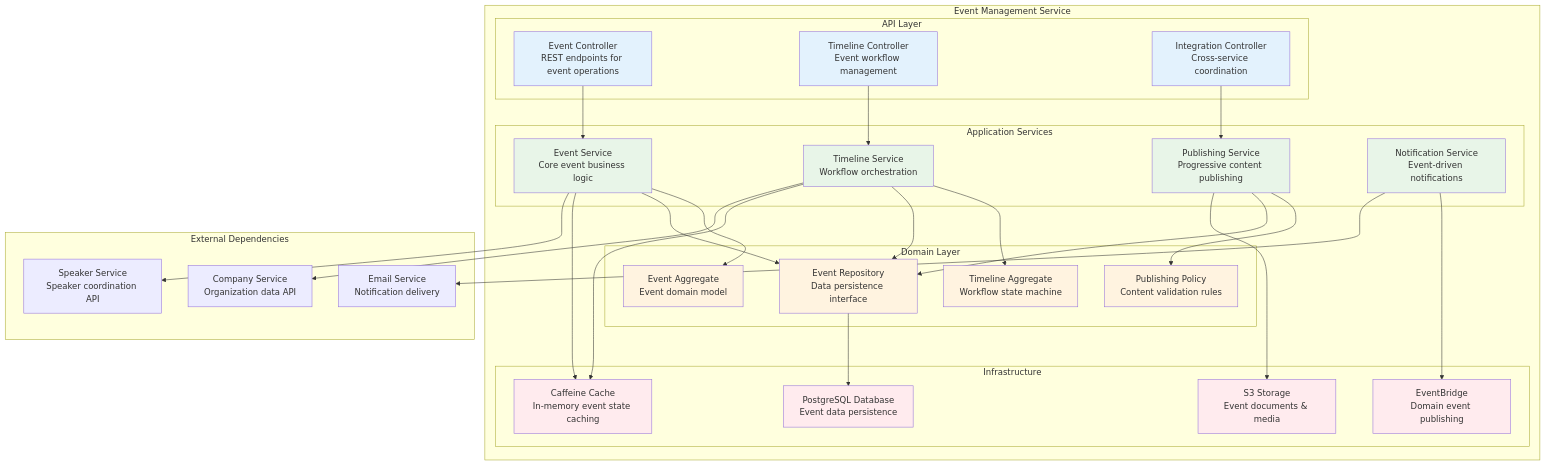
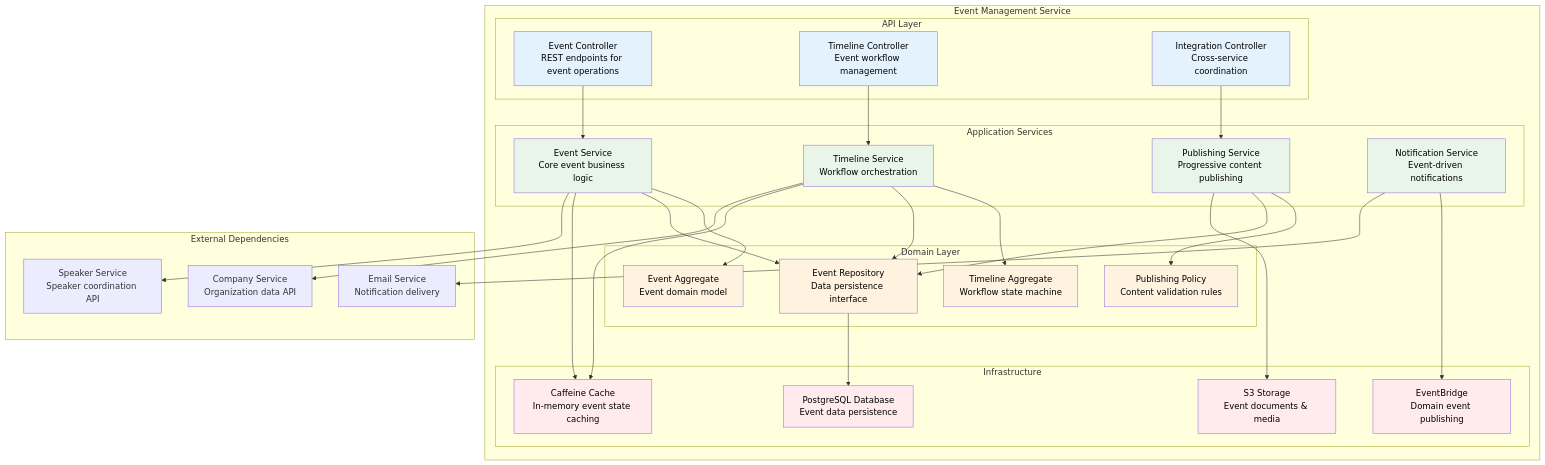
Before and after one commit to nissimbuchs/BATbern2: the third of 3 diagrams in docs/architecture/01-system-overview.md, drawn with Mermaid. The commit also changed other lines of this file and 1 other file, not shown here.

First line of the commit message:
docs: comprehensive architecture documentation update with AWS-styled diagrams

````diff
--- a/docs/architecture/01-system-overview.md
+++ b/docs/architecture/01-system-overview.md
@@ -220,75 +212,75 @@
 ```mermaid
 graph TB
     subgraph "Event Management Service"
         subgraph "API Layer"
             A[Event Controller<br/>REST endpoints for event operations]
             B[Timeline Controller<br/>Event workflow management]
             C[Integration Controller<br/>Cross-service coordination]
         end
 
         subgraph "Application Services"
             D[Event Service<br/>Core event business logic]
             E[Timeline Service<br/>Workflow orchestration]
             F[Publishing Service<br/>Progressive content publishing]
             G[Notification Service<br/>Event-driven notifications]
         end
 
         subgraph "Domain Layer"
             H[Event Aggregate<br/>Event domain model]
             I[Timeline Aggregate<br/>Workflow state machine]
             J[Publishing Policy<br/>Content validation rules]
             K[Event Repository<br/>Data persistence interface]
         end
 
         subgraph "Infrastructure"
             L[PostgreSQL Database<br/>Event data persistence]
             M[Caffeine Cache<br/>In-memory event state caching]
             N[S3 Storage<br/>Event documents & media]
             O[EventBridge<br/>Domain event publishing]
         end
     end
 
     subgraph "External Dependencies"
         P[Speaker Service<br/>Speaker coordination API]
         Q[Company Service<br/>Organization data API]
         R[Email Service<br/>Notification delivery]
     end
 
     A --> D
     B --> E
     C --> F
 
     D --> H
     E --> I
     F --> J
 
     D --> K
     E --> K
     F --> K
 
     K --> L
     D --> M
     E --> M
     F --> N
     G --> O
 
     D --> P
     E --> Q
     G --> R
 
-    style A fill:#e3f2fd
-    style B fill:#e3f2fd
-    style C fill:#e3f2fd
-    style D fill:#e8f5e8
-    style E fill:#e8f5e8
-    style F fill:#e8f5e8
-    style G fill:#e8f5e8
-    style H fill:#fff3e0
-    style I fill:#fff3e0
-    style J fill:#fff3e0
-    style K fill:#fff3e0
-    style L fill:#ffebee
-    style M fill:#ffebee
-    style N fill:#ffebee
-    style O fill:#ffebee
+    style A fill:#e3f2fd,color:#000
+    style B fill:#e3f2fd,color:#000
+    style C fill:#e3f2fd,color:#000
+    style D fill:#e8f5e8,color:#000
+    style E fill:#e8f5e8,color:#000
+    style F fill:#e8f5e8,color:#000
+    style G fill:#e8f5e8,color:#000
+    style H fill:#fff3e0,color:#000
+    style I fill:#fff3e0,color:#000
+    style J fill:#fff3e0,color:#000
+    style K fill:#fff3e0,color:#000
+    style L fill:#ffebee,color:#000
+    style M fill:#ffebee,color:#000
+    style N fill:#ffebee,color:#000
+    style O fill:#ffebee,color:#000
 ```
````
